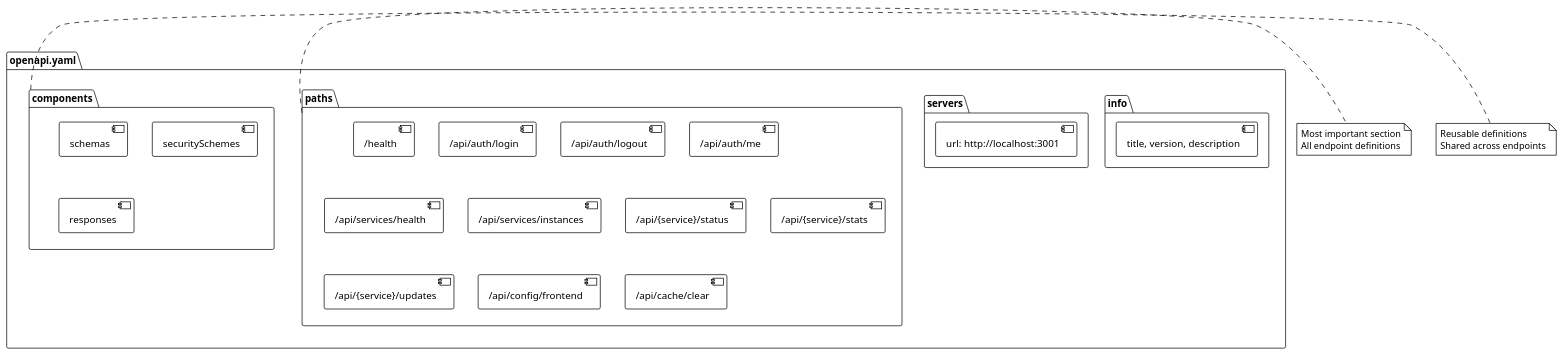
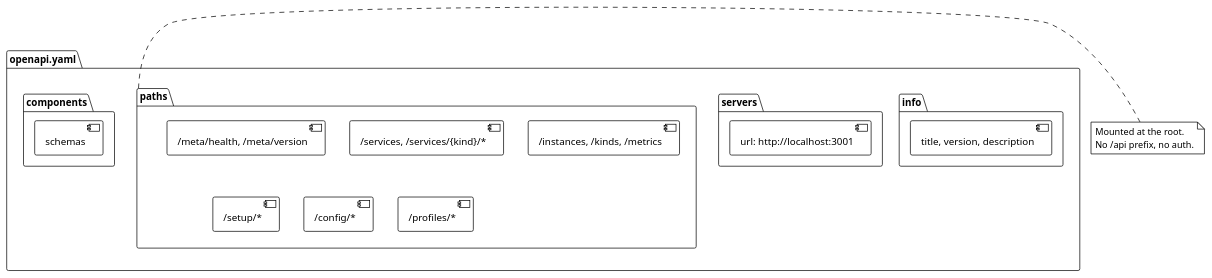
Before and after one commit to EraPartner/Watchman: the first of 2 diagrams in docs/reference/openapi-spec.md, drawn with PlantUML. The commit also changed other lines of this file and 32 other files, not shown here.

````diff
--- a/docs/reference/openapi-spec.md
+++ b/docs/reference/openapi-spec.md
@@ -299,45 +144,33 @@
 ```plantuml
 @startuml
 !theme plain
 
 package "openapi.yaml" as Spec {
     package "info" as Info {
         [title, version, description]
     }
 
     package "servers" as Servers {
         [url: http://localhost:3001]
     }
 
     package "paths" as Paths {
-        [/health]
-        [/api/auth/login]
-        [/api/auth/logout]
-        [/api/auth/me]
-        [/api/services/health]
-        [/api/services/instances]
-        [/api/{service}/status]
-        [/api/{service}/stats]
-        [/api/{service}/updates]
-        [/api/config/frontend]
-        [/api/cache/clear]
+        [/meta/health, /meta/version]
+        [/services, /services/{kind}/*]
+        [/instances, /kinds, /metrics]
+        [/setup/*]
+        [/config/*]
+        [/profiles/*]
     }
 
     package "components" as Components {
         [schemas]
-        [securitySchemes]
-        [responses]
     }
 }
 
 note right of Paths
-  Most important section
-  All endpoint definitions
-end note
-
-note right of Components
-  Reusable definitions
-  Shared across endpoints
+  Mounted at the root.
+  No /api prefix, no auth.
 end note
 @enduml
 ```
````
